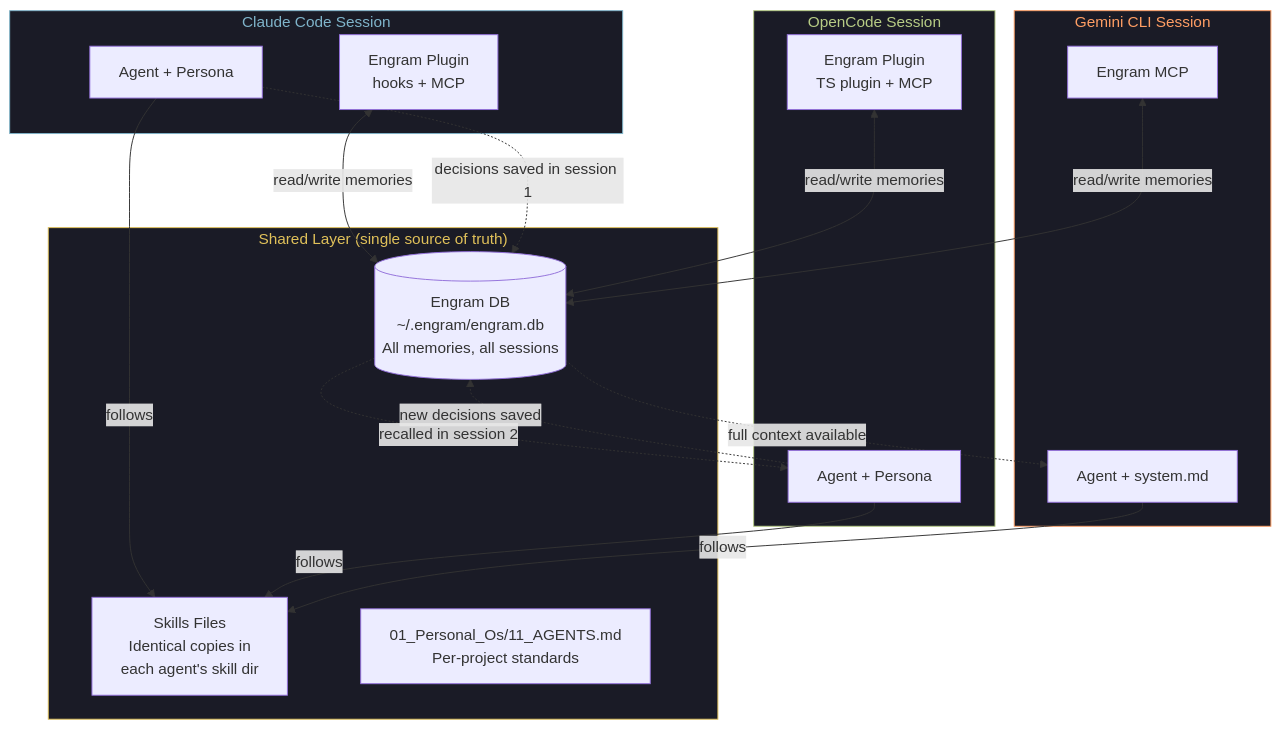
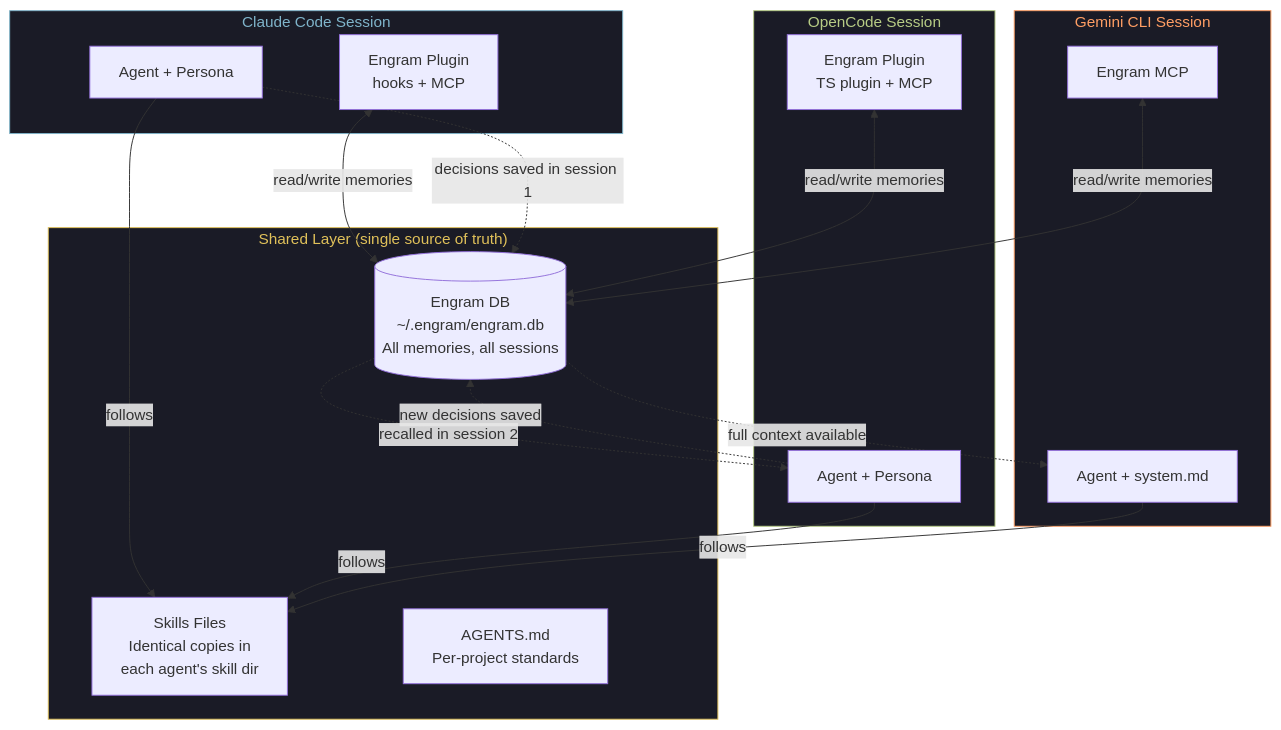
Before and after one commit to esjesusobando/Consequences: the sixth of 7 diagrams in 01_Personal_Os/05_Archive/03_Backups_Refs/01_Repos_Reference/02_Repos_Gentleman/10_Gentle_AI/PRD.md, drawn with Mermaid. The commit also changed other lines of this file and 1396 other files, not shown here.

````diff
--- a/01_Personal_Os/05_Archive/03_Backups_Refs/01_Repos_Reference/02_Repos_Gentleman/10_Gentle_AI/PRD.md
+++ b/01_Personal_Os/05_Archive/03_Backups_Refs/01_Repos_Reference/02_Repos_Gentleman/10_Gentle_AI/PRD.md
@@ -939,41 +939,41 @@
 ```mermaid
 graph TB
     subgraph SHARED["Shared Layer (single source of truth)"]
         ENGRAM_DB[(Engram DB<br/>~/.engram/engram.db<br/>All memories, all sessions)]
         SKILLS_SOURCE[Skills Files<br/>Identical copies in<br/>each agent's skill dir]
-        GGA_RULES[01_Personal_Os/11_AGENTS.md<br/>Per-project standards]
+        GGA_RULES[AGENTS.md<br/>Per-project standards]
     end
 
     subgraph AGENT_CC["Claude Code Session"]
         CC_AGENT[Agent + Persona]
         CC_ENGRAM_PLUGIN[Engram Plugin<br/>hooks + MCP]
     end
 
     subgraph AGENT_OC["OpenCode Session"]
         OC_AGENT[Agent + Persona]
         OC_ENGRAM_PLUGIN[Engram Plugin<br/>TS plugin + MCP]
     end
 
     subgraph AGENT_GEM["Gemini CLI Session"]
         GEM_AGENT[Agent + system.md]
         GEM_ENGRAM_MCP[Engram MCP]
     end
 
     CC_ENGRAM_PLUGIN <-->|"read/write memories"| ENGRAM_DB
     OC_ENGRAM_PLUGIN <-->|"read/write memories"| ENGRAM_DB
     GEM_ENGRAM_MCP <-->|"read/write memories"| ENGRAM_DB
 
     CC_AGENT -->|"follows"| SKILLS_SOURCE
     OC_AGENT -->|"follows"| SKILLS_SOURCE
     GEM_AGENT -->|"follows"| SKILLS_SOURCE
 
     CC_AGENT -.->|"decisions saved in session 1"| ENGRAM_DB
     ENGRAM_DB -.->|"recalled in session 2"| OC_AGENT
     OC_AGENT -.->|"new decisions saved"| ENGRAM_DB
     ENGRAM_DB -.->|"full context available"| GEM_AGENT
 
     style SHARED fill:#1a1b26,stroke:#E0C15A,color:#E0C15A
     style AGENT_CC fill:#1a1b26,stroke:#7FB4CA,color:#7FB4CA
     style AGENT_OC fill:#1a1b26,stroke:#B7CC85,color:#B7CC85
     style AGENT_GEM fill:#1a1b26,stroke:#FF9E64,color:#FF9E64
 ```
````
